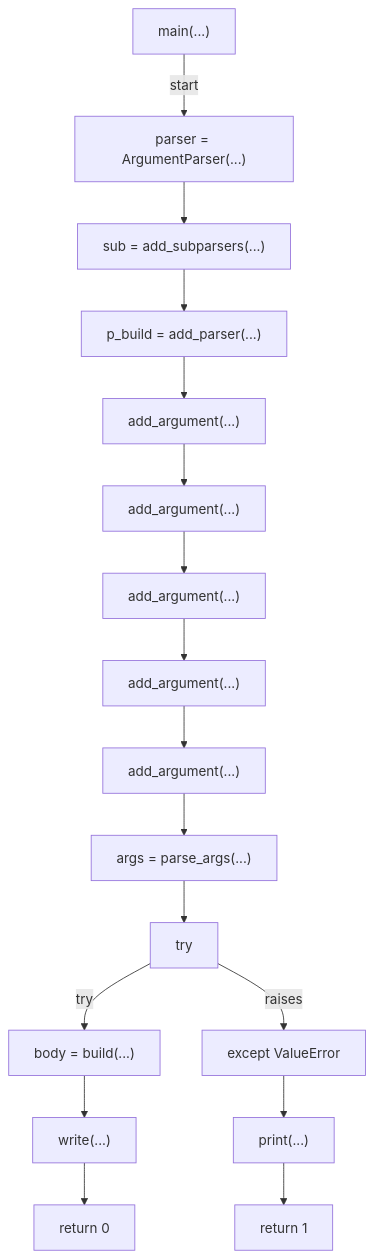
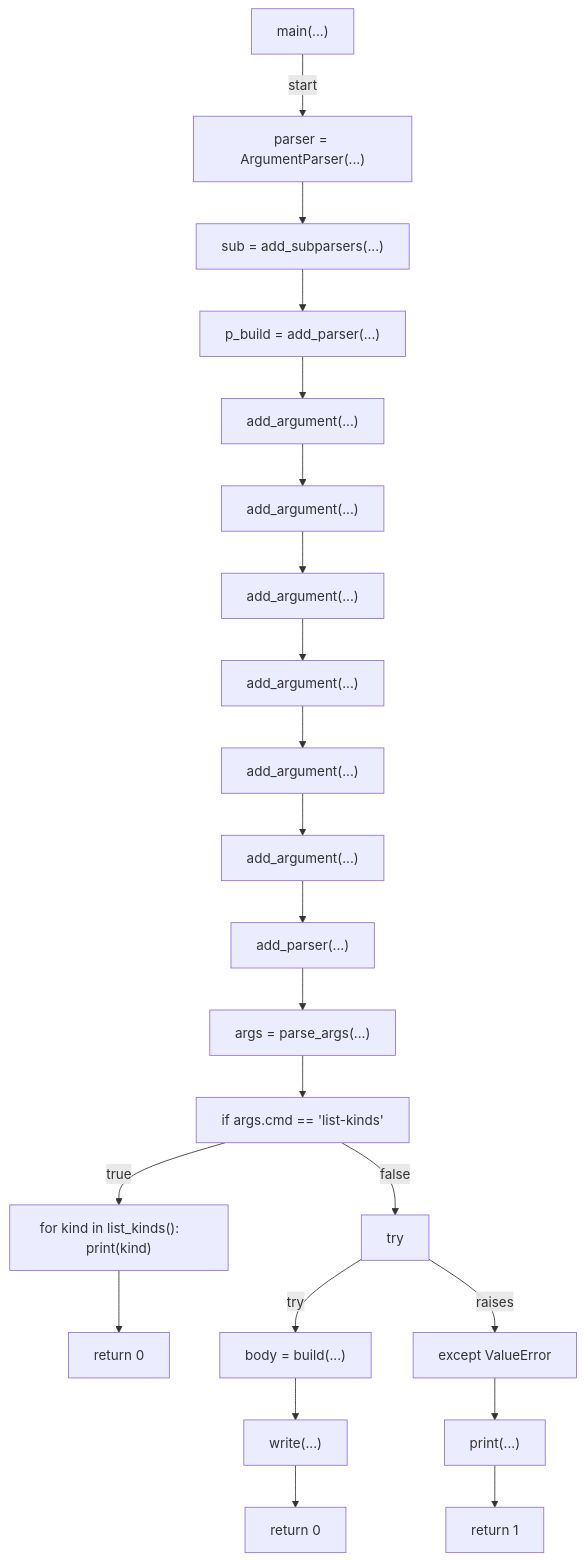
One commit to tvna/claude-md changed the fifth of 5 diagrams in docs/generated/scripts/ast/pr_body_builder.md. Above: the diagram before and after it, drawn with Mermaid. The commit also changed other lines of this file, not shown here.

First line of the commit message:
docs(generated): regenerate decision tree and workflow diagrams

````diff
--- a/docs/generated/scripts/ast/pr_body_builder.md
+++ b/docs/generated/scripts/ast/pr_body_builder.md
@@ -49,36 +79,46 @@
 ```mermaid
 flowchart TD
     N001["main(...)"]
     N002["parser = ArgumentParser(...)"]
     N003["sub = add_subparsers(...)"]
     N004["p_build = add_parser(...)"]
     N005["add_argument(...)"]
     N006["add_argument(...)"]
     N007["add_argument(...)"]
     N008["add_argument(...)"]
     N009["add_argument(...)"]
-    N010["args = parse_args(...)"]
-    N011["try"]
-    N012["body = build(...)"]
-    N013["except ValueError"]
-    N014["print(...)"]
-    N015["return 1"]
-    N016["write(...)"]
-    N017["return 0"]
+    N010["add_argument(...)"]
+    N011["add_parser(...)"]
+    N012["args = parse_args(...)"]
+    N013["if args.cmd == 'list-kinds'"]
+    N014["for kind in list_kinds():     print(kind)"]
+    N015["return 0"]
+    N016["try"]
+    N017["body = build(...)"]
+    N018["except ValueError"]
+    N019["print(...)"]
+    N020["return 1"]
+    N021["write(...)"]
+    N022["return 0"]
     N001 -->|"start"| N002
     N002 --> N003
     N003 --> N004
     N004 --> N005
     N005 --> N006
     N006 --> N007
     N007 --> N008
     N008 --> N009
     N009 --> N010
     N010 --> N011
-    N011 -->|"try"| N012
-    N011 -->|"raises"| N013
-    N013 --> N014
+    N011 --> N012
+    N012 --> N013
+    N013 -->|"true"| N014
     N014 --> N015
-    N012 --> N016
-    N016 --> N017
+    N013 -->|"false"| N016
+    N016 -->|"try"| N017
+    N016 -->|"raises"| N018
+    N018 --> N019
+    N019 --> N020
+    N017 --> N021
+    N021 --> N022
 ```
````
